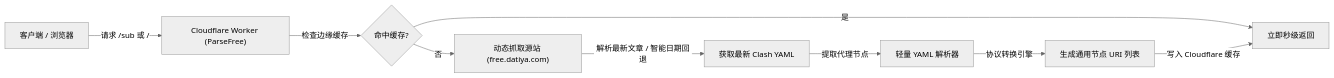
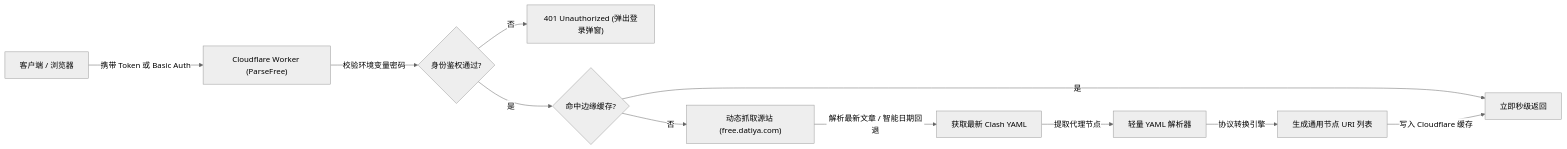
Before and after one commit to jialifushi/ParseFree: the diagram in README.md, drawn with Mermaid (neutral theme). The commit also changed other lines of this file and 10 other files, not shown here.

````diff
--- a/README.md
+++ b/README.md
@@ -31,11 +33,13 @@
 ```mermaid
 flowchart LR
-    A["客户端 / 浏览器"] -->|"请求 /sub 或 /"| B["Cloudflare Worker (ParseFree)"]
-    B -->|"检查边缘缓存"| C{"命中缓存?"}
+    A["客户端 / 浏览器"] -->|"携带 Token 或 Basic Auth"| B["Cloudflare Worker (ParseFree)"]
+    B -->|"校验环境变量密码"| Auth{"身份鉴权通过?"}
+    Auth -->|"否"| Err["401 Unauthorized (弹出登录弹窗)"]
+    Auth -->|"是"| C{"命中边缘缓存?"}
     C -->|"是"| D["立即秒级返回"]
     C -->|"否"| E["动态抓取源站 (free.datiya.com)"]
     E -->|"解析最新文章 / 智能日期回退"| F["获取最新 Clash YAML"]
     F -->|"提取代理节点"| G["轻量 YAML 解析器"]
     G -->|"协议转换引擎"| H["生成通用节点 URI 列表"]
     H -->|"写入 Cloudflare 缓存"| D
 ```
````
